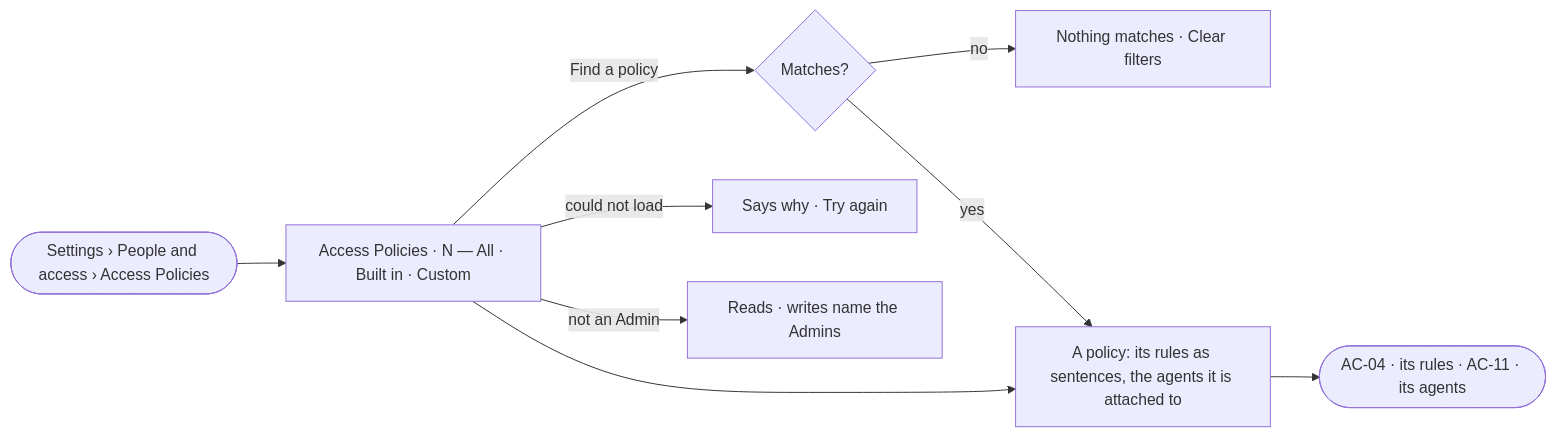
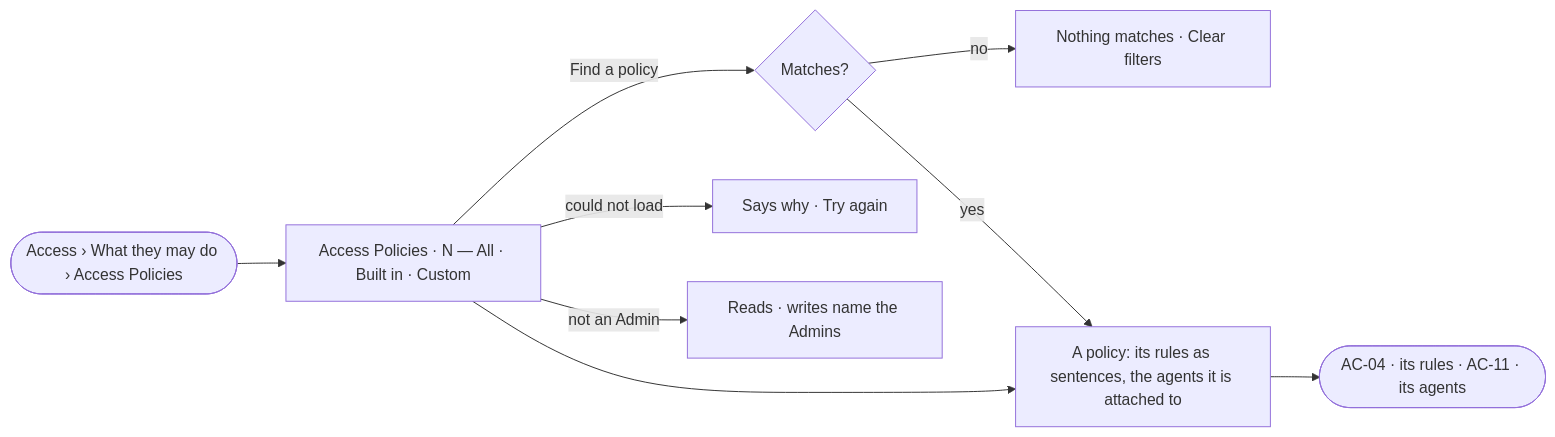
The diagram in specs/os/access/features/AC-F02-access-policies/stories/AC-03-read-every-access-policy-and-what-it-is-attached-to/story.md (invana/invana), drawn with Mermaid before and after one commit. The commit also changed other lines of this file and 456 other files, not shown here.

````diff
--- a/specs/os/access/features/AC-F02-access-policies/stories/AC-03-read-every-access-policy-and-what-it-is-attached-to/story.md
+++ b/specs/os/access/features/AC-F02-access-policies/stories/AC-03-read-every-access-policy-and-what-it-is-attached-to/story.md
@@ -26,11 +27,11 @@
 ```mermaid
 flowchart LR
-  s([Settings › People and access › Access Policies]) --> l["Access Policies · N — All · Built in · Custom"]
+  s([Access › What they may do › Access Policies]) --> l["Access Policies · N — All · Built in · Custom"]
   l -->|Find a policy| f{"Matches?"}
   f -->|no| e["Nothing matches · Clear filters"]
   f -->|yes| r["A policy: its rules as sentences, the agents it is attached to"]
   l --> r
   r --> d(["AC-04 · its rules · AC-11 · its agents"])
   l -->|could not load| x["Says why · Try again"]
   l -->|not an Admin| ro["Reads · writes name the Admins"]
 ```
````
